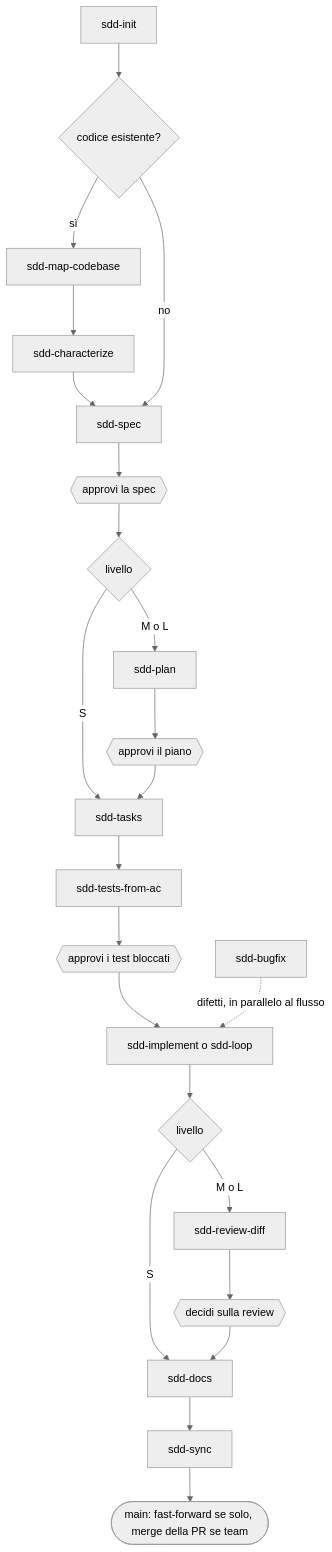
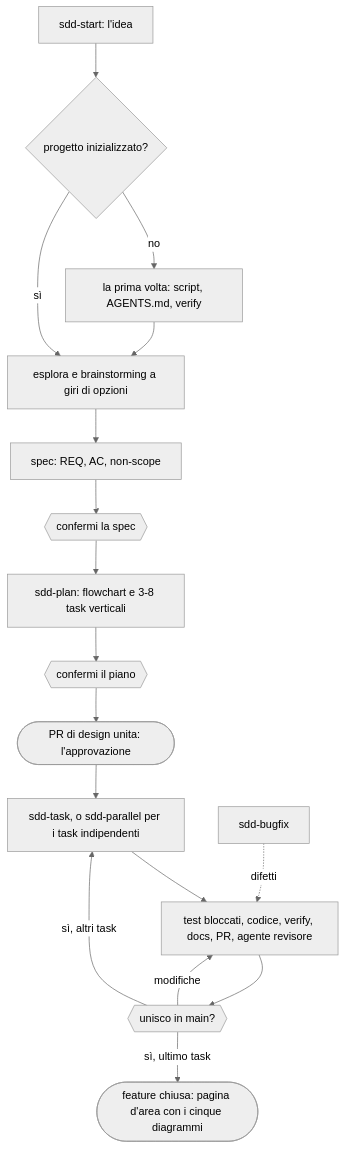
One commit to jumping2000/sdd-playbook changed the diagram in README_IT.md. Above: the diagram before and after it, drawn with Mermaid (neutral theme). The commit also changed other lines of this file and 16 other files, not shown here.

````diff
--- a/README_IT.md
+++ b/README_IT.md
@@ -97,16 +44,17 @@
 ```mermaid
 flowchart TD
-    init[sdd-init] --> code{codice esistente?}
-    code -- sì --> map[sdd-map-codebase] --> char[sdd-characterize] --> spec
-    code -- no --> spec[sdd-spec]
-    spec --> g1{{approvi la spec}} --> lvl{livello}
-    lvl -- S --> tasks[sdd-tasks]
-    lvl -- M o L --> plan[sdd-plan] --> g2{{approvi il piano}} --> tasks
-    tasks --> tests[sdd-tests-from-ac] --> g3{{approvi i test bloccati}}
-    g3 --> impl[sdd-implement o sdd-loop]
-    impl --> lvl2{livello}
-    lvl2 -- S --> docs
-    lvl2 -- M o L --> review[sdd-review-diff] --> g4{{decidi sulla review}} --> docs[sdd-docs]
-    docs --> sync[sdd-sync] --> pr([main: fast-forward se solo, merge della PR se team])
-    bug[sdd-bugfix] -. difetti, in parallelo al flusso .-> impl
+    start["sdd-start: l'idea"] --> init{progetto inizializzato?}
+    init -- no --> setup[la prima volta: script, AGENTS.md, verify]
+    init -- sì --> explore
+    setup --> explore[esplora e brainstorming a giri di opzioni]
+    explore --> spec[spec: REQ, AC, non-scope] --> g1{{confermi la spec}}
+    g1 --> plan["sdd-plan: flowchart e 3-8 task verticali"] --> g2{{confermi il piano}}
+    g2 --> design([PR di design unita: l'approvazione])
+    design --> task["sdd-task, o sdd-parallel per i task indipendenti"]
+    task --> pr[test bloccati, codice, verify, docs, PR, agente revisore]
+    pr --> g3{{unisco in main?}}
+    g3 -- sì, altri task --> task
+    g3 -- modifiche --> pr
+    g3 -- sì, ultimo task --> done([feature chiusa: pagina d'area con i cinque diagrammi])
+    bug[sdd-bugfix] -. difetti .-> pr
 ```
````
